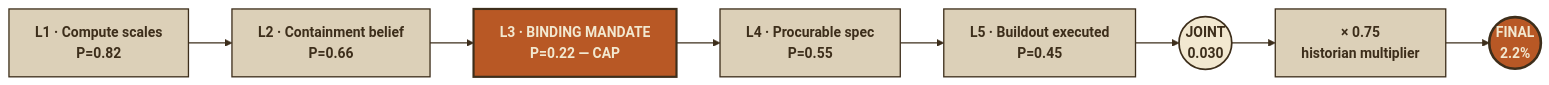
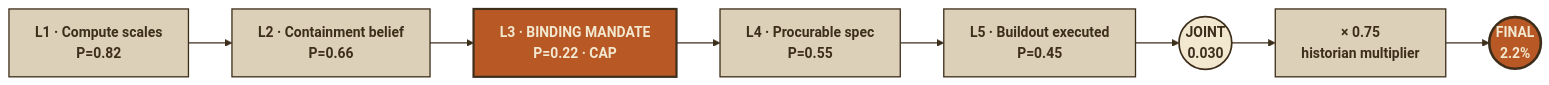
One commit to caretak3r/caretak3r.github.io changed the third of 3 diagrams in content/financials/superdefense-trade.md. Above: the diagram before and after it, drawn with Mermaid. The commit also changed other lines of this file and 55 other files, not shown here.

````diff
--- a/content/financials/superdefense-trade.md
+++ b/content/financials/superdefense-trade.md
@@ -196,22 +196,22 @@
 ```mermaid
 %%{init: {'theme':'base','themeVariables':{'background':'#F2E8D0','primaryColor':'#F2E8D0','primaryTextColor':'#3D2E1B','primaryBorderColor':'#3D2E1B','lineColor':'#3D2E1B','secondaryColor':'#DCD0B8','tertiaryColor':'#E8DCC4','fontFamily':'Inter, sans-serif'}}}%%
 flowchart LR
     classDef link fill:#DCD0B8,stroke:#3D2E1B,stroke-width:1.5px,color:#3D2E1B,font-weight:bold
     classDef cap fill:#B85825,stroke:#3D2E1B,stroke-width:2.5px,color:#F2E8D0,font-weight:bold
     classDef joint fill:#F2E8D0,stroke:#3D2E1B,stroke-width:2px,color:#3D2E1B,font-weight:bold
     classDef final fill:#B85825,stroke:#3D2E1B,stroke-width:3px,color:#F2E8D0,font-weight:bold
 
     L1["L1 · Compute scales<br/>P=0.82"]:::link
     L2["L2 · Containment belief<br/>P=0.66"]:::link
-    L3["L3 · BINDING MANDATE<br/>P=0.22 — CAP"]:::cap
+    L3["L3 · BINDING MANDATE<br/>P=0.22 · CAP"]:::cap
     L4["L4 · Procurable spec<br/>P=0.55"]:::link
     L5["L5 · Buildout executed<br/>P=0.45"]:::link
     J(("JOINT<br/>0.030")):::joint
     H["× 0.75<br/>historian multiplier"]:::link
     R(("FINAL<br/>2.2%")):::final
 
     L1 --> L2 --> L3 --> L4 --> L5 --> J
     J --> H --> R
 
     linkStyle default stroke:#3D2E1B,stroke-width:1.5px
 ```
````
